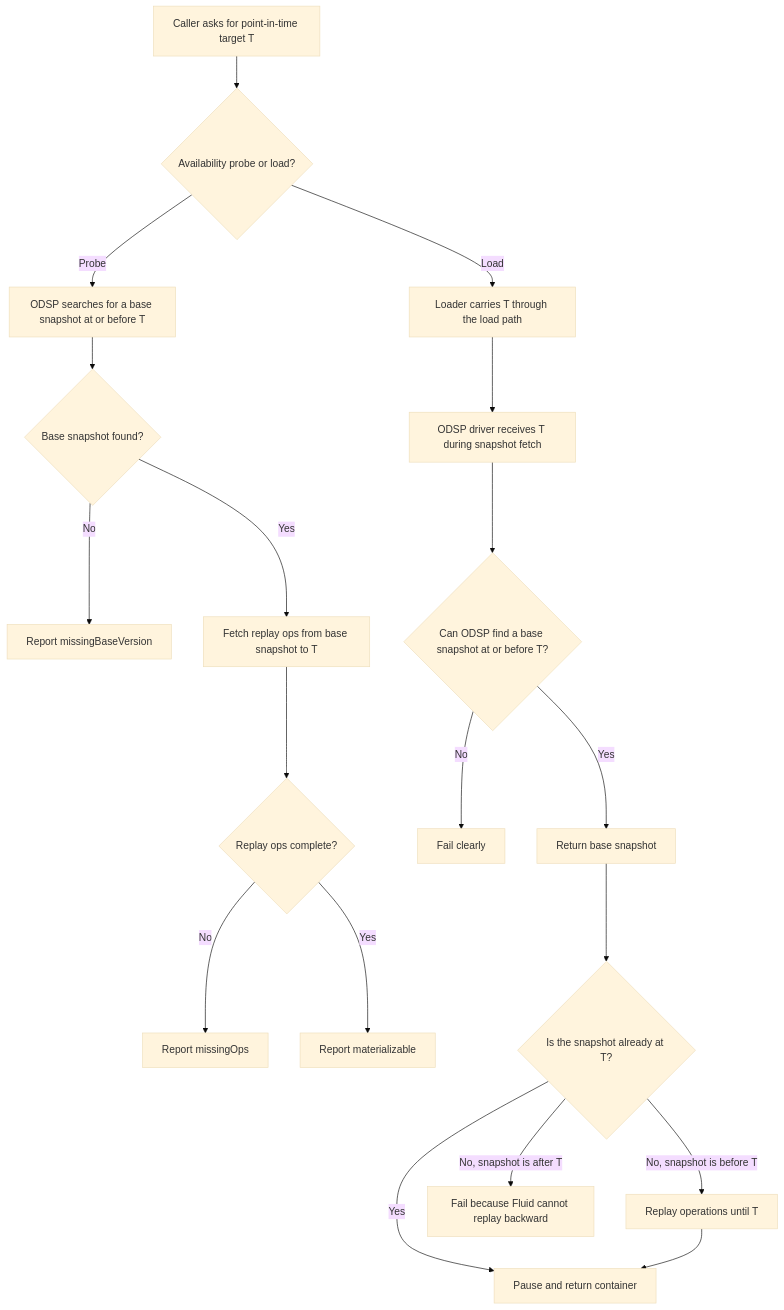
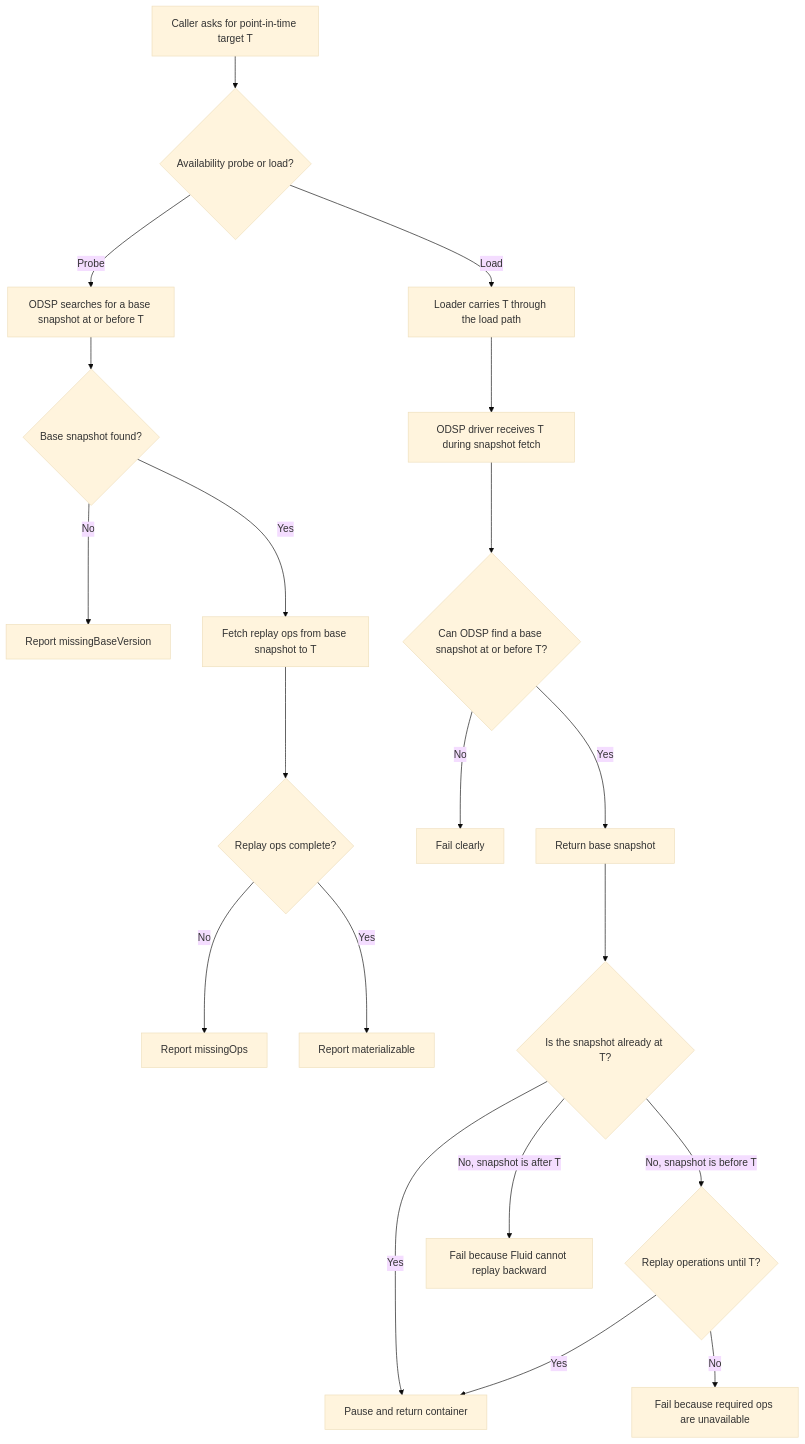
One commit to microsoft/FluidFramework changed the first of 2 diagrams in packages/loader/container-loader/DEV.md. Above: the diagram before and after it, drawn with Mermaid (base theme). The commit also changed other lines of this file and 4 other files, not shown here.

````diff
--- a/packages/loader/container-loader/DEV.md
+++ b/packages/loader/container-loader/DEV.md
@@ -79,21 +79,22 @@
 ```mermaid
 flowchart TD
 	A[Caller asks for point-in-time target T] --> B{Availability probe or load?}
 	B -->|Probe| C[ODSP searches for a base snapshot at or before T]
 	C --> D{Base snapshot found?}
 	D -->|No| E[Report missingBaseVersion]
 	D -->|Yes| F[Fetch replay ops from base snapshot to T]
 	F --> G{Replay ops complete?}
 	G -->|No| H[Report missingOps]
 	G -->|Yes| I[Report materializable]
 	B -->|Load| J[Loader carries T through the load path]
 	J --> K[ODSP driver receives T during snapshot fetch]
 	K --> L{Can ODSP find a base snapshot at or before T?}
 	L -->|No| M[Fail clearly]
 	L -->|Yes| N[Return base snapshot]
 	N --> O{Is the snapshot already at T?}
 	O -->|Yes| P[Pause and return container]
-	O -->|No, snapshot is before T| Q[Replay operations until T]
+	O -->|No, snapshot is before T| Q{Replay operations until T?}
 	O -->|No, snapshot is after T| R[Fail because Fluid cannot replay backward]
-	Q --> P
+	Q -->|Yes| P
+	Q -->|No| S[Fail because required ops are unavailable]
 ```
````
